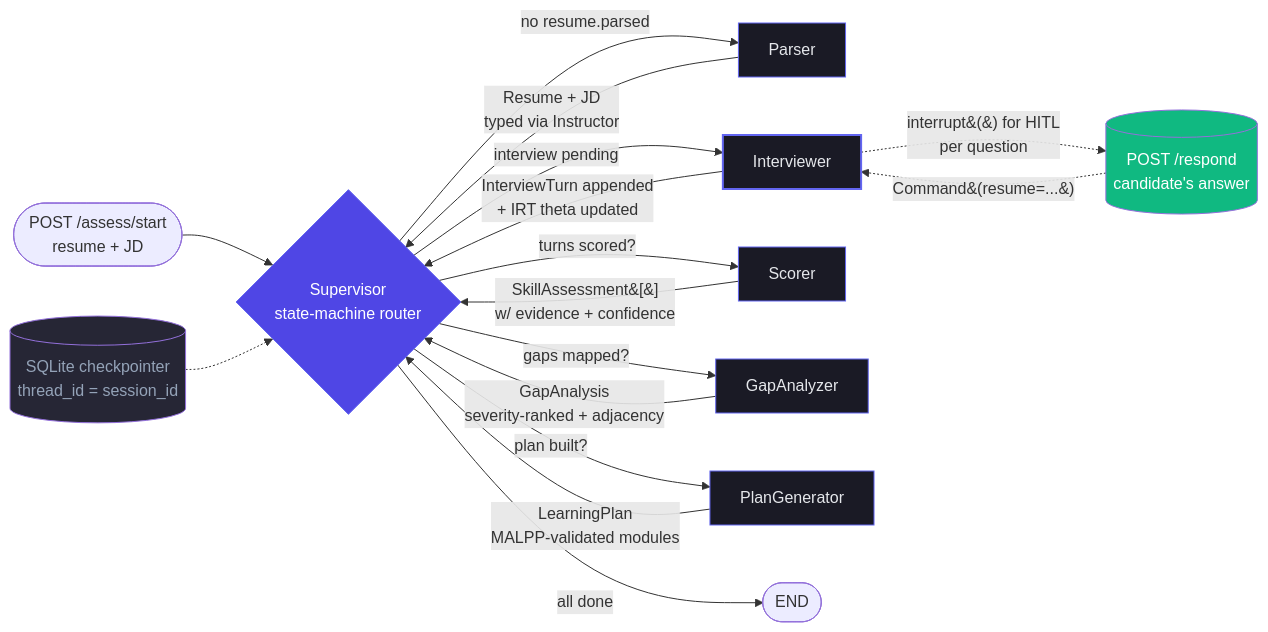
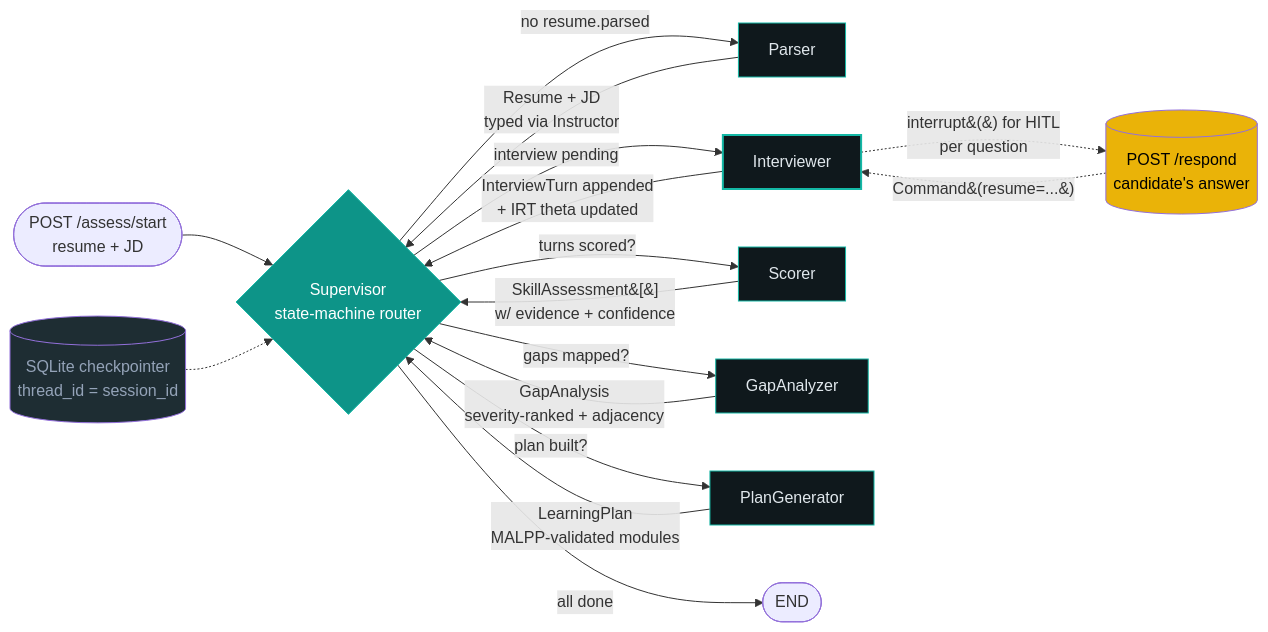
One commit to senpaisaul/skill-assessment-agent changed the diagram in README.md. Above: the diagram before and after it, drawn with Mermaid. The commit also changed other lines of this file and 24 other files, not shown here.

````diff
--- a/README.md
+++ b/README.md
@@ -23,30 +65,30 @@
 ```mermaid
 flowchart LR
     Start([POST /assess/start<br/>resume + JD]) --> Sup{Supervisor<br/>state-machine router}
 
     Sup -->|no resume.parsed| Parser
     Sup -->|interview pending| Interviewer
     Sup -->|turns scored?| Scorer
     Sup -->|gaps mapped?| Gap[GapAnalyzer]
     Sup -->|plan built?| Plan[PlanGenerator]
     Sup -->|all done| End([END])
 
     Parser -->|Resume + JD<br/>typed via Instructor| Sup
     Interviewer -.->|interrupt&#40;&#41; for HITL<br/>per question| HITL[(POST /respond<br/>candidate's answer)]
     HITL -.->|Command&#40;resume=...&#41;| Interviewer
     Interviewer -->|InterviewTurn appended<br/>+ IRT theta updated| Sup
     Scorer -->|SkillAssessment&#91;&#93;<br/>w/ evidence + confidence| Sup
     Gap -->|GapAnalysis<br/>severity-ranked + adjacency| Sup
     Plan -->|LearningPlan<br/>MALPP-validated modules| Sup
 
     SQLite[(SQLite checkpointer<br/>thread_id = session_id)] -.-> Sup
 
-    style Sup fill:#4f46e5,color:#fff,stroke:#6366f1
-    style Interviewer fill:#1a1a25,color:#e5e7eb,stroke:#6366f1,stroke-width:2px
-    style Scorer fill:#1a1a25,color:#e5e7eb,stroke:#6366f1
-    style Gap fill:#1a1a25,color:#e5e7eb,stroke:#6366f1
-    style Plan fill:#1a1a25,color:#e5e7eb,stroke:#6366f1
-    style Parser fill:#1a1a25,color:#e5e7eb,stroke:#6366f1
-    style HITL fill:#10b981,color:#fff
-    style SQLite fill:#262635,color:#94a3b8
+    style Sup fill:#0d9488,color:#fff,stroke:#14b8a6
+    style Interviewer fill:#0f181c,color:#e0e7ec,stroke:#14b8a6,stroke-width:2px
+    style Scorer fill:#0f181c,color:#e0e7ec,stroke:#14b8a6
+    style Gap fill:#0f181c,color:#e0e7ec,stroke:#14b8a6
+    style Plan fill:#0f181c,color:#e0e7ec,stroke:#14b8a6
+    style Parser fill:#0f181c,color:#e0e7ec,stroke:#14b8a6
+    style HITL fill:#eab308,color:#000
+    style SQLite fill:#1e2d33,color:#94a3b8
 ```
````
